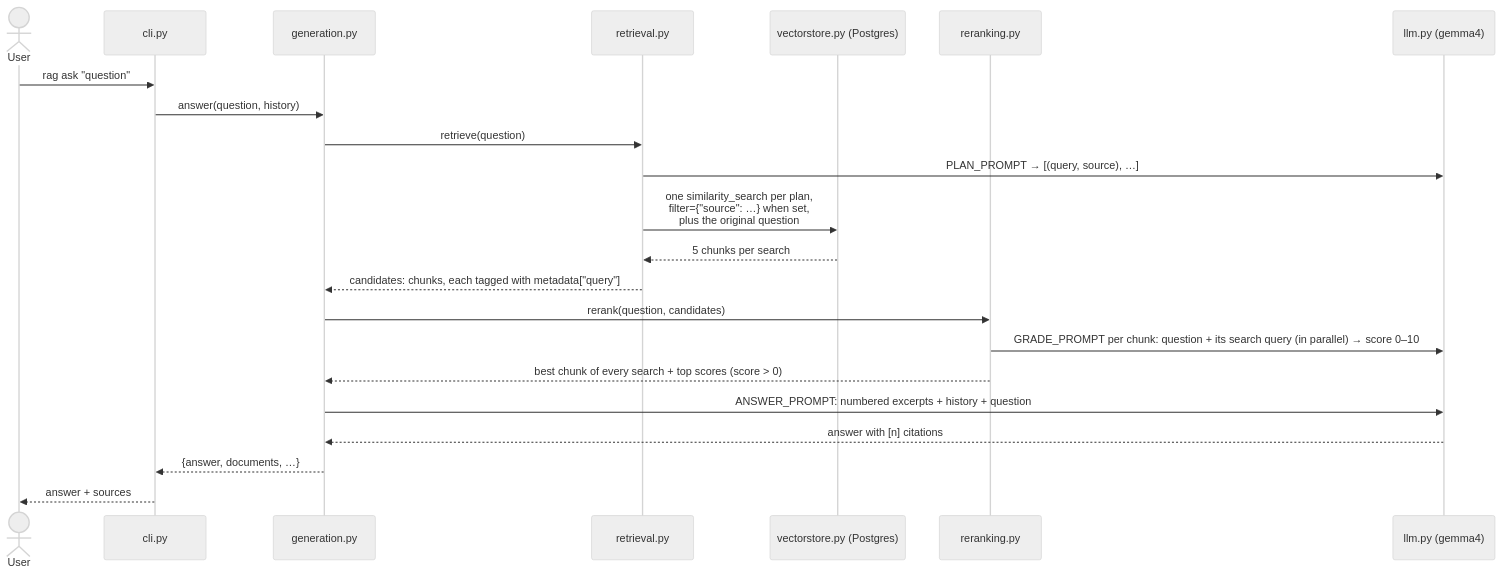
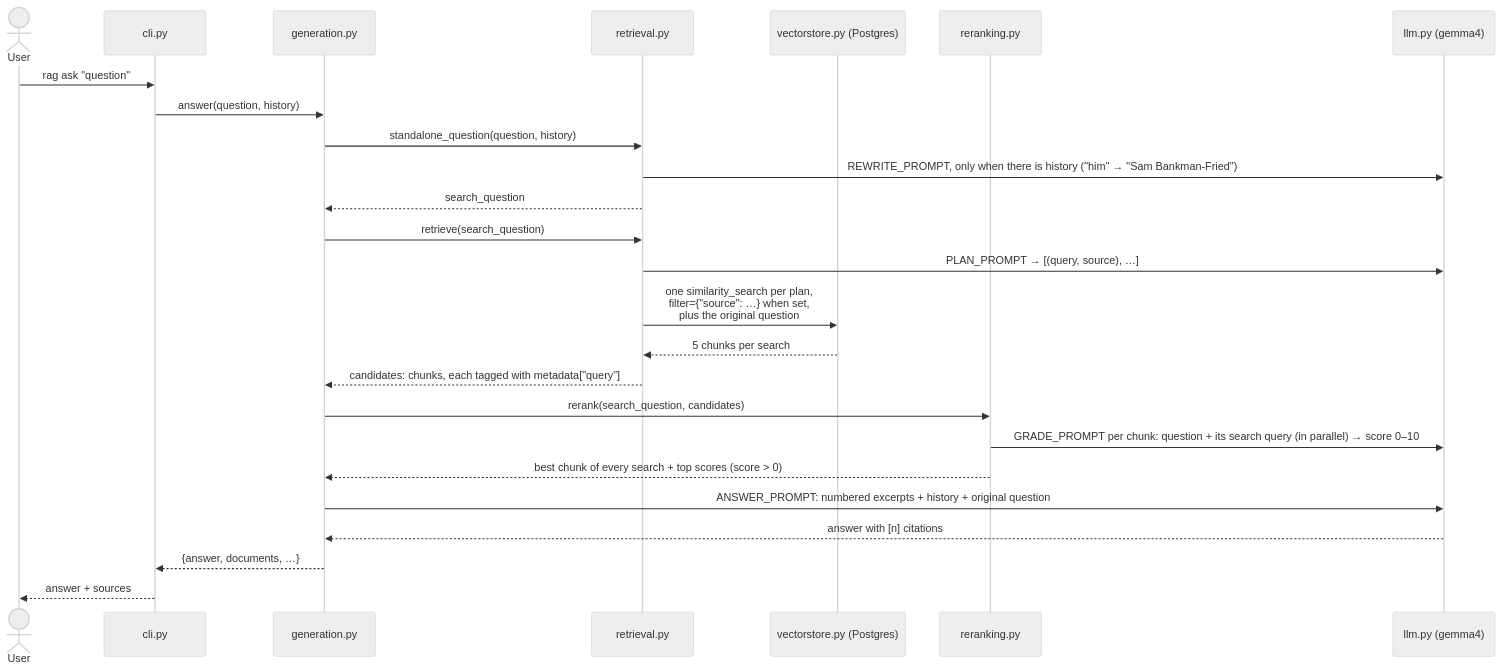
One commit to Abuubkar/rag-pipeline changed the third of 3 diagrams in src/rag_langchain/README.md. Above: the diagram before and after it, drawn with Mermaid (neutral theme). The commit also changed other lines of this file and 4 other files, not shown here.

Commit message:
src: rewrite follow-up questions with the history before retrieval and reranking

````diff
--- a/src/rag_langchain/README.md
+++ b/src/rag_langchain/README.md
@@ -76,28 +76,32 @@
 ```mermaid
 sequenceDiagram
     actor User
     participant cli as cli.py
     participant gen as generation.py
     participant ret as retrieval.py
     participant pg as vectorstore.py (Postgres)
     participant rr as reranking.py
     participant llm as llm.py (gemma4)
 
     User->>cli: rag ask "question"
     cli->>gen: answer(question, history)
 
-    gen->>ret: retrieve(question)
+    gen->>ret: standalone_question(question, history)
+    ret->>llm: REWRITE_PROMPT, only when there is history ("him" → "Sam Bankman-Fried")
+    ret-->>gen: search_question
+
+    gen->>ret: retrieve(search_question)
     ret->>llm: PLAN_PROMPT → [(query, source), …]
     ret->>pg: one similarity_search per plan,<br/>filter={"source": …} when set,<br/>plus the original question
     pg-->>ret: 5 chunks per search
     ret-->>gen: candidates: chunks, each tagged with metadata["query"]
 
-    gen->>rr: rerank(question, candidates)
+    gen->>rr: rerank(search_question, candidates)
     rr->>llm: GRADE_PROMPT per chunk: question + its search query (in parallel) → score 0–10
     rr-->>gen: best chunk of every search + top scores (score > 0)
 
-    gen->>llm: ANSWER_PROMPT: numbered excerpts + history + question
+    gen->>llm: ANSWER_PROMPT: numbered excerpts + history + original question
     llm-->>gen: answer with [n] citations
     gen-->>cli: {answer, documents, …}
     cli-->>User: answer + sources
 ```
````
